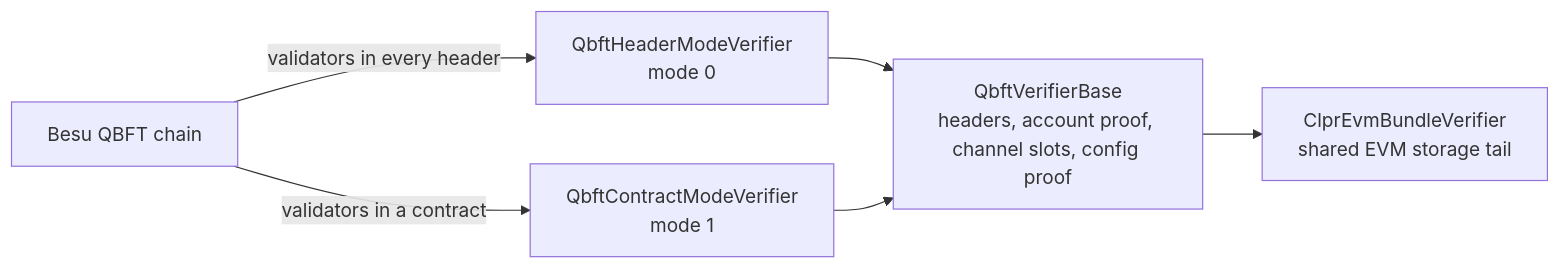
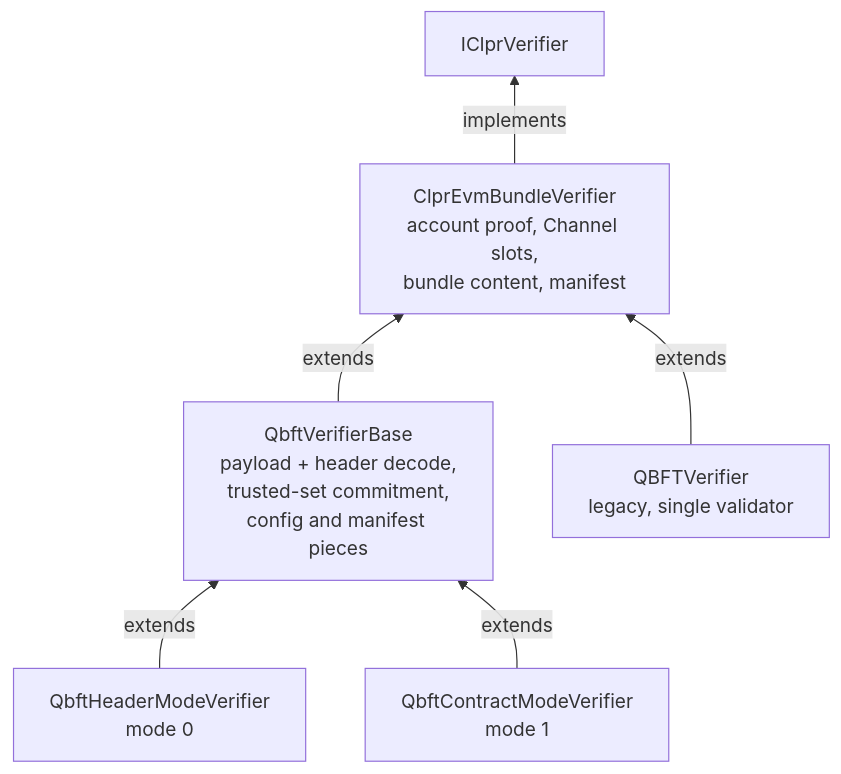
The second of 7 diagrams in src/verifiers/evm/qbft/qbft-verifier.md (LFDT-CLPR/clpr-smart-contracts), drawn with Mermaid before and after one commit. The commit also changed other lines of this file and 17 other files, not shown here.

````diff
--- a/src/verifiers/evm/qbft/qbft-verifier.md
+++ b/src/verifiers/evm/qbft/qbft-verifier.md
@@ -20,8 +69,8 @@
 ```mermaid
-flowchart LR
-  B["Besu QBFT chain"] -->|"validators in every header"| H["QbftHeaderModeVerifier<br/>mode 0"]
-  B -->|"validators in a contract"| C["QbftContractModeVerifier<br/>mode 1"]
-  H --> S["QbftVerifierBase<br/>headers, account proof, channel slots, config proof"]
-  C --> S
-  S --> E["ClprEvmBundleVerifier<br/>shared EVM storage tail"]
+flowchart BT
+    H["QbftHeaderModeVerifier<br/>mode 0"] -->|extends| QB["QbftVerifierBase<br/>payload + header decode,<br/>trusted-set commitment,<br/>config and manifest pieces"]
+    C["QbftContractModeVerifier<br/>mode 1"] -->|extends| QB
+    QB -->|extends| EB["ClprEvmBundleVerifier<br/>account proof, Channel slots,<br/>bundle content, manifest"]
+    L["QBFTVerifier<br/>legacy, single validator"] -->|extends| EB
+    EB -->|implements| IV["IClprVerifier"]
 ```
````
